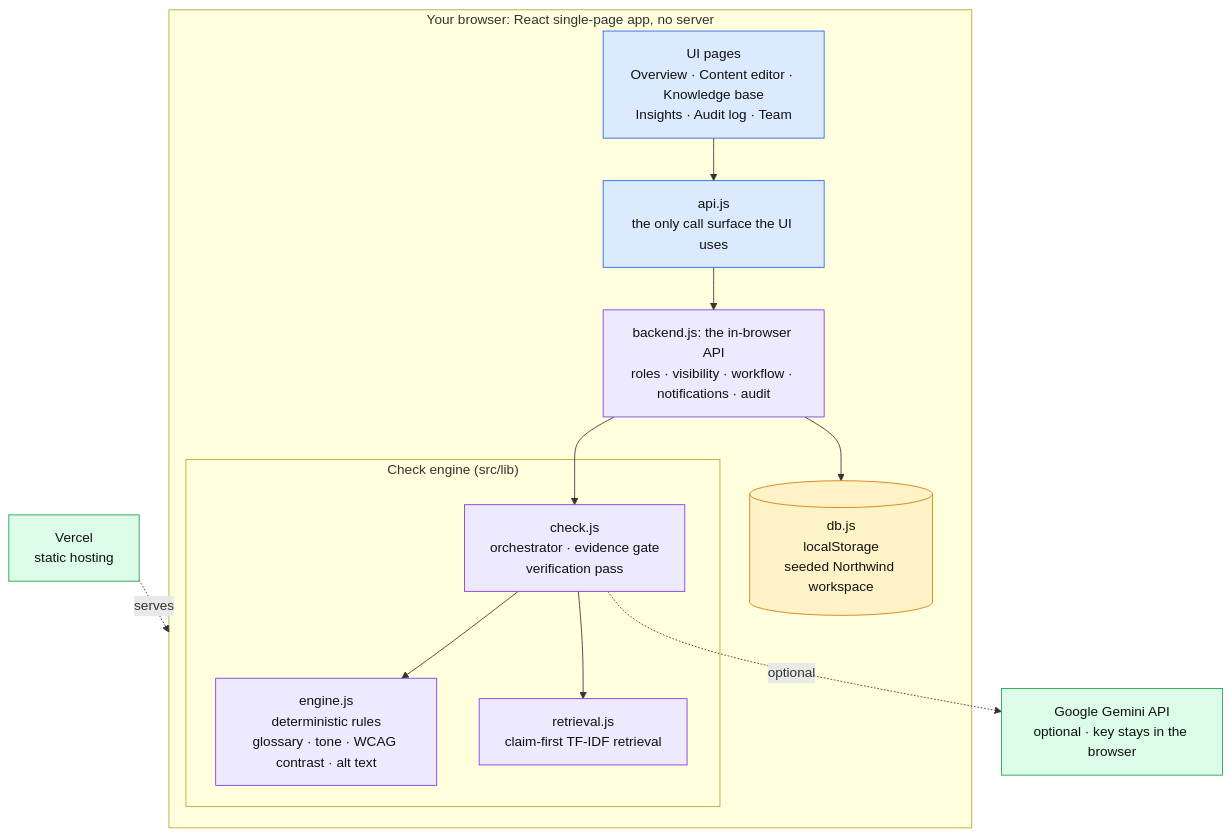
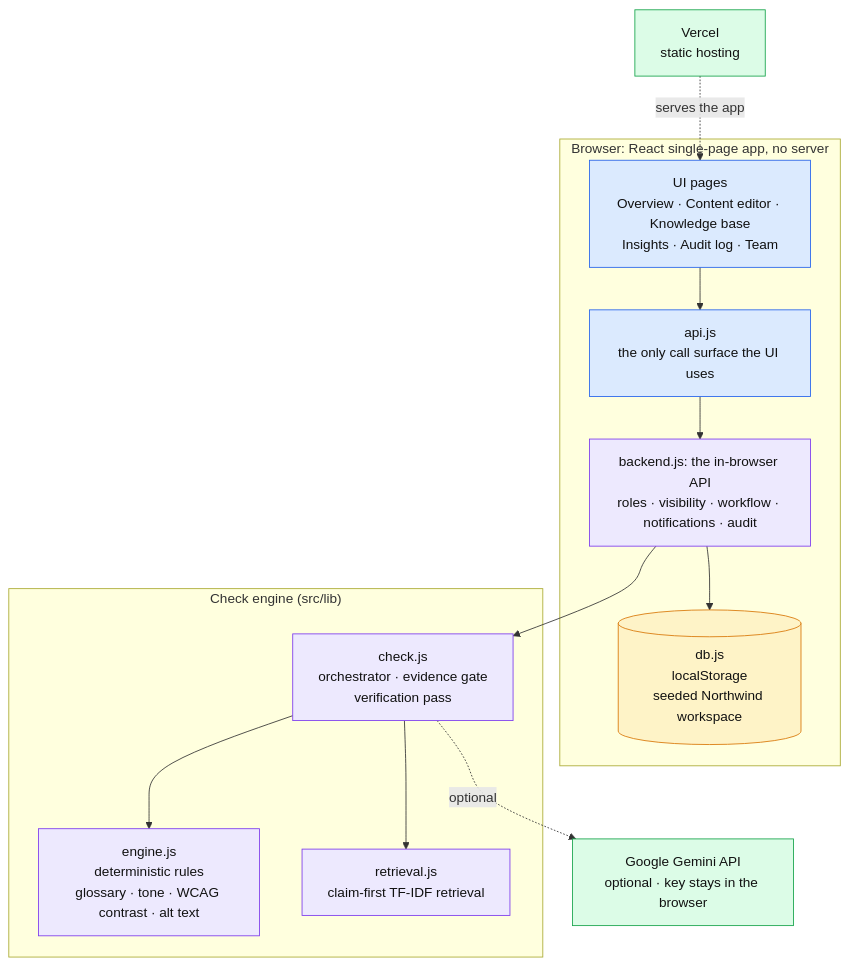
The first of 7 diagrams in README.md (SoumyaRanjan115/inkloom-AI), drawn with Mermaid before and after one commit.

Commit message:
Updated project

````diff
--- a/README.md
+++ b/README.md
@@ -109,31 +109,32 @@
 ```mermaid
 flowchart TB
-  subgraph Browser["Your browser: React single-page app, no server"]
+  VER["Vercel<br/>static hosting"]
+  subgraph App["Browser: React single-page app, no server"]
     UI["UI pages<br/>Overview · Content editor · Knowledge base<br/>Insights · Audit log · Team"]
     API["api.js<br/>the only call surface the UI uses"]
     BE["backend.js: the in-browser API<br/>roles · visibility · workflow · notifications · audit"]
-    subgraph Engine["Check engine (src/lib)"]
-      DET["engine.js<br/>deterministic rules<br/>glossary · tone · WCAG contrast · alt text"]
-      RET["retrieval.js<br/>claim-first TF-IDF retrieval"]
-      ORC["check.js<br/>orchestrator · evidence gate<br/>verification pass"]
-    end
     DB[("db.js<br/>localStorage<br/>seeded Northwind workspace")]
   end
+  subgraph Engine["Check engine (src/lib)"]
+    ORC["check.js<br/>orchestrator · evidence gate<br/>verification pass"]
+    DET["engine.js<br/>deterministic rules<br/>glossary · tone · WCAG contrast · alt text"]
+    RET["retrieval.js<br/>claim-first TF-IDF retrieval"]
+  end
   GEM["Google Gemini API<br/>optional · key stays in the browser"]
-  VER["Vercel<br/>static hosting"]
-  UI --> API --> BE
+  VER -. "serves the app" .-> UI
+  UI --> API
+  API --> BE
+  BE --> DB
   BE --> ORC
   ORC --> DET
   ORC --> RET
   ORC -. "optional" .-> GEM
-  BE --> DB
-  VER -. "serves" .-> Browser
   classDef ui fill:#dbeafe,stroke:#2563eb,color:#111
   classDef core fill:#ede9fe,stroke:#7c3aed,color:#111
   classDef data fill:#fef3c7,stroke:#d97706,color:#111
   classDef ext fill:#dcfce7,stroke:#16a34a,color:#111
   class UI,API ui
   class BE,DET,RET,ORC core
   class DB data
   class GEM,VER ext
 ```
````
